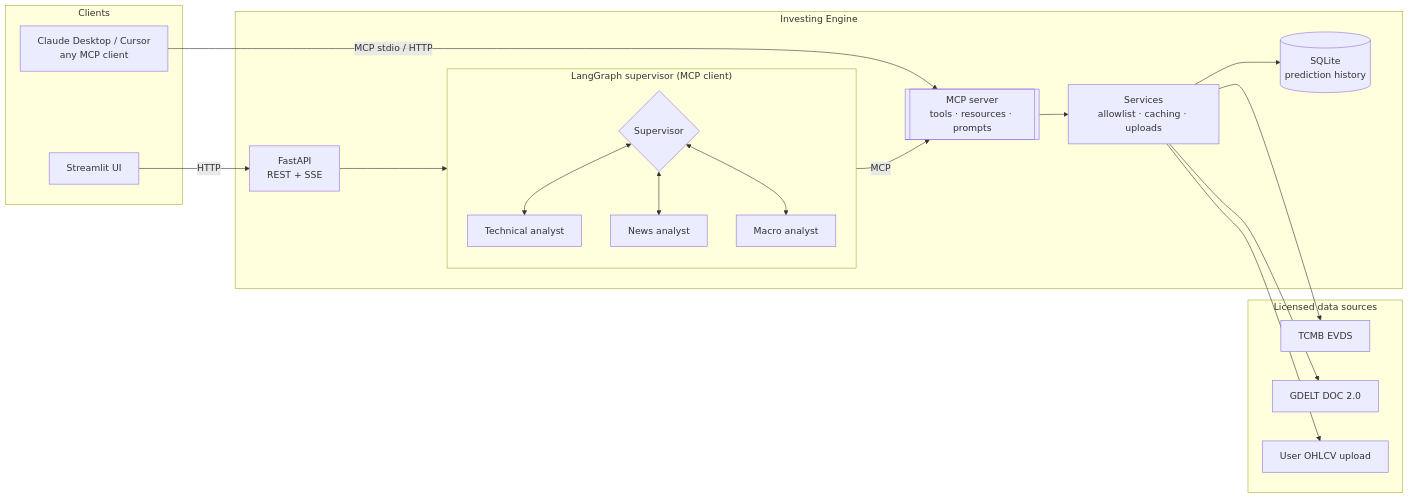
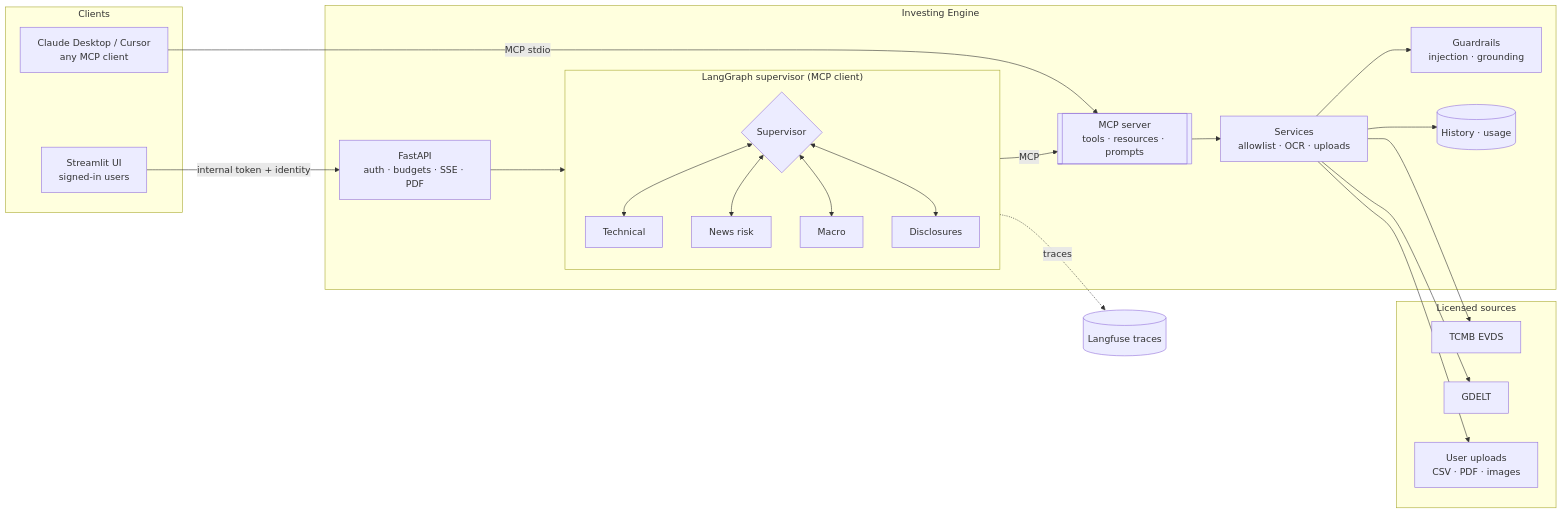
Before and after one commit to MuhammetAliVarlik/AgenticInvestingEngine: the first of 3 diagrams in README.md, drawn with Mermaid. The commit also changed other lines of this file and 9 other files, not shown here.

````diff
--- a/README.md
+++ b/README.md
@@ -67,37 +67,40 @@
 ```mermaid
 flowchart LR
     subgraph Clients
-        UI[Streamlit UI]
+        UI[Streamlit UI<br/>signed-in users]
         Ext[Claude Desktop / Cursor<br/>any MCP client]
     end
 
     subgraph Engine["Investing Engine"]
-        API[FastAPI<br/>REST + SSE]
+        API[FastAPI<br/>auth · budgets · SSE · PDF]
         subgraph Agents["LangGraph supervisor (MCP client)"]
             SUP{Supervisor}
-            TA[Technical analyst]
-            NA[News analyst]
-            MA[Macro analyst]
-            SUP <--> TA
-            SUP <--> NA
-            SUP <--> MA
+            TA[Technical]
+            NA[News risk]
+            MA[Macro]
+            DA[Disclosures]
+            SUP <--> TA & NA & MA & DA
         end
         MCP[[MCP server<br/>tools · resources · prompts]]
-        SVC[Services<br/>allowlist · caching · uploads]
-        HIST[(SQLite<br/>prediction history)]
+        GR[Guardrails<br/>injection · grounding]
+        SVC[Services<br/>allowlist · OCR · uploads]
+        HIST[(History · usage)]
     end
 
-    subgraph Sources["Licensed data sources"]
+    subgraph Sources["Licensed sources"]
         EVDS[TCMB EVDS]
-        GDELT[GDELT DOC 2.0]
-        CSV[User OHLCV upload]
+        GDELT[GDELT]
+        UP[User uploads<br/>CSV · PDF · images]
     end
 
-    UI -->|HTTP| API
+    OBS[(Langfuse traces)]
+
+    UI -->|internal token + identity| API
     API --> Agents
     Agents -->|MCP| MCP
-    Ext -->|MCP stdio / HTTP| MCP
-    MCP --> SVC
-    SVC --> EVDS & GDELT & CSV
+    Ext -->|MCP stdio| MCP
+    MCP --> SVC --> GR
+    SVC --> EVDS & GDELT & UP
     SVC --> HIST
+    Agents -. traces .-> OBS
 ```
````
